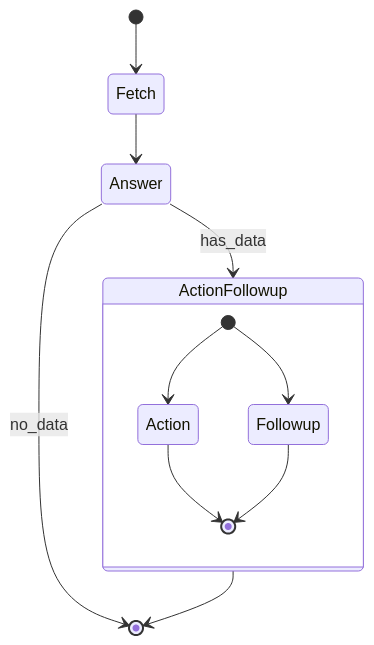
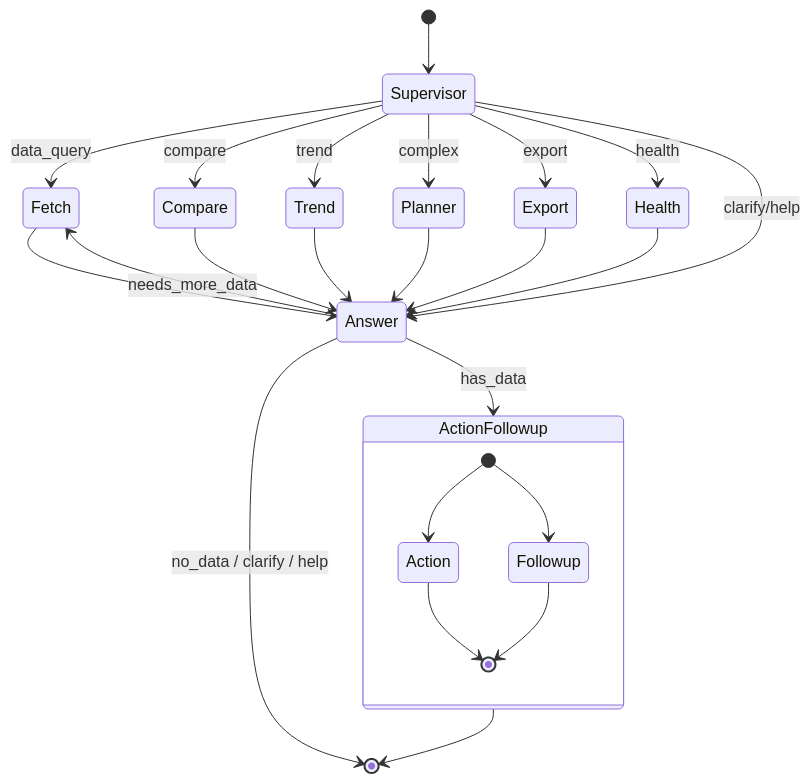
One commit to sazzad-kamal/acme-crm-ai-companion changed the second of 3 diagrams in docs/ARCHITECTURE.md. Above: the diagram before and after it, drawn with Mermaid. The commit also changed other lines of this file and 30 other files, not shown here.

First line of the commit message:
feat: implement multi-agent architecture with 5 specialized agents

````diff
--- a/docs/ARCHITECTURE.md
+++ b/docs/ARCHITECTURE.md
@@ -76,16 +90,32 @@
 ```mermaid
 stateDiagram-v2
-    [*] --> Fetch
+    [*] --> Supervisor
+
+    Supervisor --> Fetch: data_query
+    Supervisor --> Compare: compare
+    Supervisor --> Trend: trend
+    Supervisor --> Planner: complex
+    Supervisor --> Export: export
+    Supervisor --> Health: health
+    Supervisor --> Answer: clarify/help
+
     Fetch --> Answer
+    Compare --> Answer
+    Trend --> Answer
+    Planner --> Answer
+    Export --> Answer
+    Health --> Answer
+
+    Answer --> Fetch: needs_more_data
     Answer --> ActionFollowup: has_data
-    Answer --> [*]: no_data
+    Answer --> [*]: no_data / clarify / help
 
     state ActionFollowup {
         [*] --> Action
         [*] --> Followup
         Action --> [*]
         Followup --> [*]
     }
 
     ActionFollowup --> [*]
 ```
````
